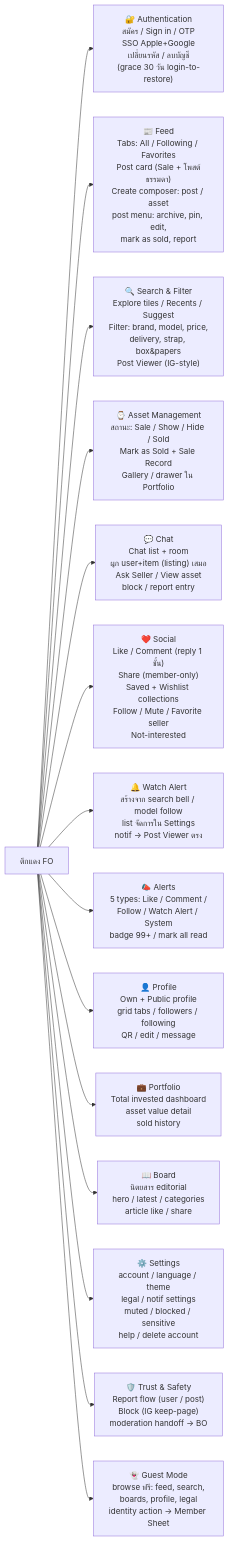
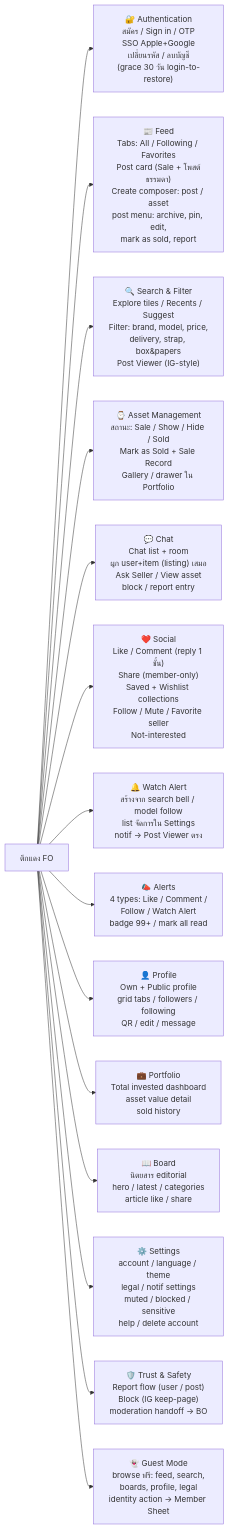
One commit to kultida-t/TukDaeng changed the second of 8 diagrams in deliverables/FO-DIAG-001-fo-app-diagrams.md. Above: the diagram before and after it, drawn with Mermaid. The commit also changed 59 other files, not shown here.

First line of the commit message:
docs(fo): sync FO specs/tests to DEC-37..41 and drop system alert type (v1.10 sweep)

````diff
--- a/deliverables/FO-DIAG-001-fo-app-diagrams.md
+++ b/deliverables/FO-DIAG-001-fo-app-diagrams.md
@@ -60,32 +60,32 @@
 ```mermaid
 flowchart LR
     ROOT["ตึกแดง FO"]
 
     ROOT --> A["🔐 Authentication<br/>สมัคร / Sign in / OTP<br/>SSO Apple+Google<br/>เปลี่ยนรหัส / ลบบัญชี<br/>(grace 30 วัน login-to-restore)"]
 
     ROOT --> B["📰 Feed<br/>Tabs: All / Following / Favorites<br/>Post card (Sale + โพสต์ธรรมดา)<br/>Create composer: post / asset<br/>post menu: archive, pin, edit,<br/>mark as sold, report"]
 
     ROOT --> C["🔍 Search & Filter<br/>Explore tiles / Recents / Suggest<br/>Filter: brand, model, price,<br/>delivery, strap, box&papers<br/>Post Viewer (IG-style)"]
 
     ROOT --> D["⌚ Asset Management<br/>สถานะ: Sale / Show / Hide / Sold<br/>Mark as Sold + Sale Record<br/>Gallery / drawer ใน Portfolio"]
 
     ROOT --> E["💬 Chat<br/>Chat list + room<br/>ผูก user+item (listing) เสมอ<br/>Ask Seller / View asset<br/>block / report entry"]
 
     ROOT --> F["❤️ Social<br/>Like / Comment (reply 1 ชั้น)<br/>Share (member-only)<br/>Saved + Wishlist collections<br/>Follow / Mute / Favorite seller<br/>Not-interested"]
 
     ROOT --> G["🔔 Watch Alert<br/>สร้างจาก search bell / model follow<br/>list จัดการใน Settings<br/>notif → Post Viewer ตรง"]
 
-    ROOT --> H["📣 Alerts<br/>5 types: Like / Comment /<br/>Follow / Watch Alert / System<br/>badge 99+ / mark all read"]
+    ROOT --> H["📣 Alerts<br/>4 types: Like / Comment /<br/>Follow / Watch Alert<br/>badge 99+ / mark all read"]
 
     ROOT --> I["👤 Profile<br/>Own + Public profile<br/>grid tabs / followers / following<br/>QR / edit / message"]
 
     ROOT --> J["💼 Portfolio<br/>Total invested dashboard<br/>asset value detail<br/>sold history"]
 
     ROOT --> K["📖 Board<br/>นิตยสาร editorial<br/>hero / latest / categories<br/>article like / share"]
 
     ROOT --> L["⚙️ Settings<br/>account / language / theme<br/>legal / notif settings<br/>muted / blocked / sensitive<br/>help / delete account"]
 
     ROOT --> M["🛡️ Trust & Safety<br/>Report flow (user / post)<br/>Block (IG keep-page)<br/>moderation handoff → BO"]
 
     ROOT --> N["👻 Guest Mode<br/>browse ฟรี: feed, search,<br/>boards, profile, legal<br/>identity action → Member Sheet"]
 ```
````
